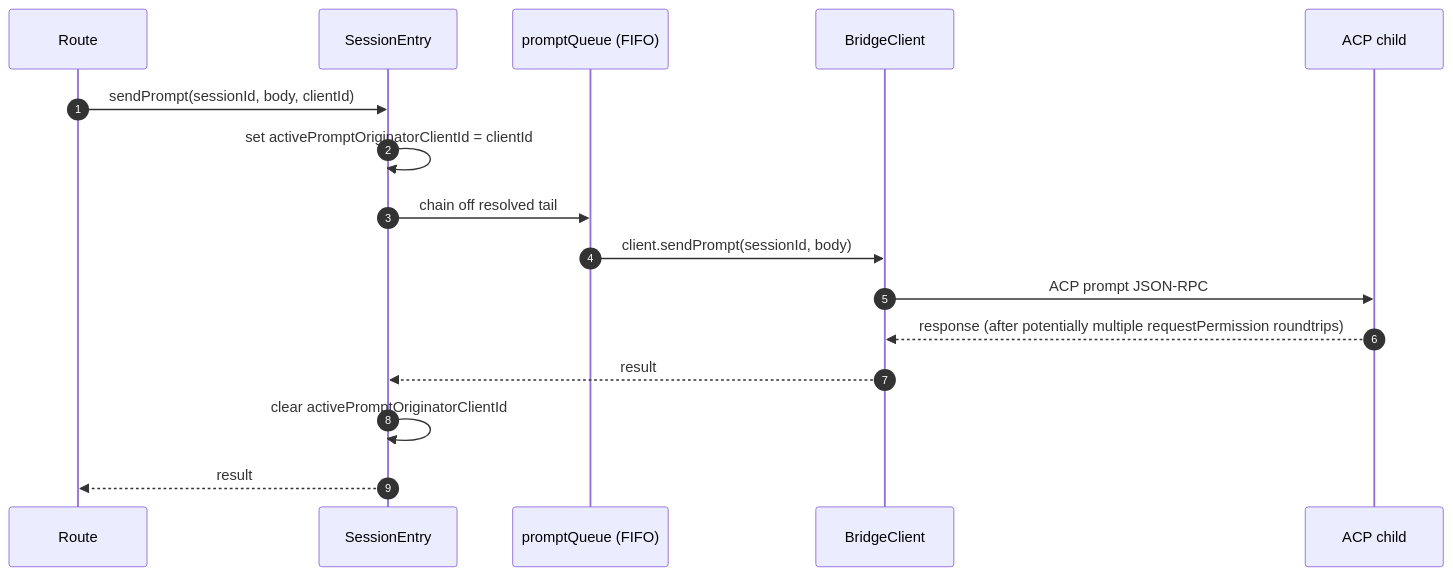
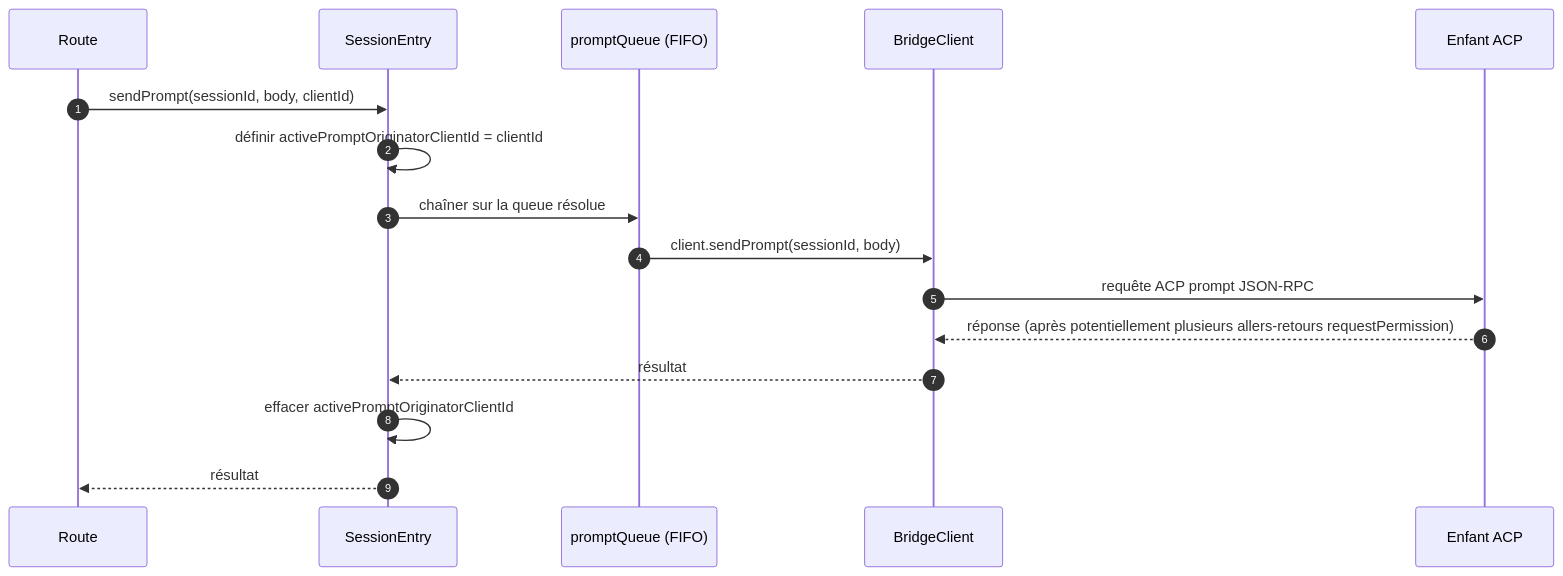
The second of 4 diagrams in website/content/fr/developers/daemon/03-acp-bridge.md (QwenLM/qwen-code-docs), drawn with Mermaid before and after one commit. The commit also changed other lines of this file and 1077 other files, not shown here.

````diff
--- a/website/content/fr/developers/daemon/03-acp-bridge.md
+++ b/website/content/fr/developers/daemon/03-acp-bridge.md
@@ -96,19 +98,19 @@
 ```mermaid
 sequenceDiagram
     autonumber
     participant R as Route
     participant E as SessionEntry
     participant Q as promptQueue (FIFO)
     participant BC as BridgeClient
-    participant ACP as ACP child
+    participant ACP as Enfant ACP
 
     R->>E: sendPrompt(sessionId, body, clientId)
-    E->>E: set activePromptOriginatorClientId = clientId
-    E->>Q: chain off resolved tail
+    E->>E: définir activePromptOriginatorClientId = clientId
+    E->>Q: chaîner sur la queue résolue
     Q->>BC: client.sendPrompt(sessionId, body)
-    BC->>ACP: ACP prompt JSON-RPC
-    ACP-->>BC: response (after potentially multiple requestPermission roundtrips)
-    BC-->>E: result
-    E->>E: clear activePromptOriginatorClientId
-    E-->>R: result
+    BC->>ACP: requête ACP prompt JSON-RPC
+    ACP-->>BC: réponse (après potentiellement plusieurs allers-retours requestPermission)
+    BC-->>E: résultat
+    E->>E: effacer activePromptOriginatorClientId
+    E-->>R: résultat
 ```
````
